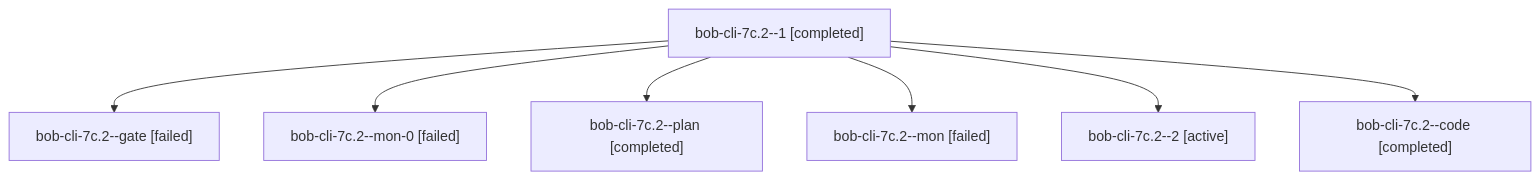
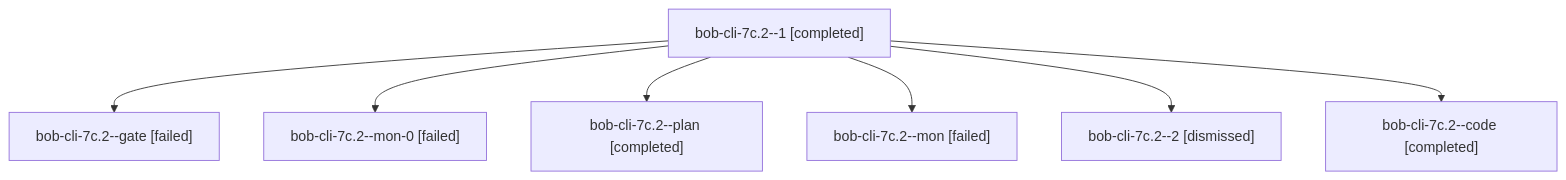
Before and after one commit to bobs-org/bob-cli--agents: the diagram in sessions/bbugyi200.apollo.bob-cli-7c.2.md, drawn with Mermaid. The commit also changed other lines of this file and 77 other files, not shown here.

````diff
--- a/sessions/bbugyi200.apollo.bob-cli-7c.2.md
+++ b/sessions/bbugyi200.apollo.bob-cli-7c.2.md
@@ -9,16 +9,16 @@
 ```mermaid
 flowchart TD
   n0["bob-cli-7c.2--1 [completed]"]
   n1["bob-cli-7c.2--gate [failed]"]
   n0 --> n1
   n2["bob-cli-7c.2--mon-0 [failed]"]
   n0 --> n2
   n3["bob-cli-7c.2--plan [completed]"]
   n0 --> n3
   n4["bob-cli-7c.2--mon [failed]"]
   n0 --> n4
-  n5["bob-cli-7c.2--2 [active]"]
+  n5["bob-cli-7c.2--2 [dismissed]"]
   n0 --> n5
   n6["bob-cli-7c.2--code [completed]"]
   n0 --> n6
 ```
````
